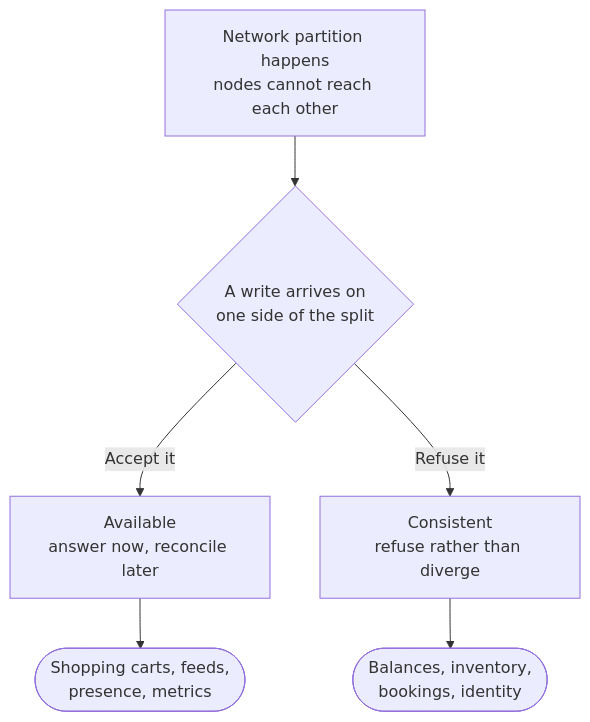
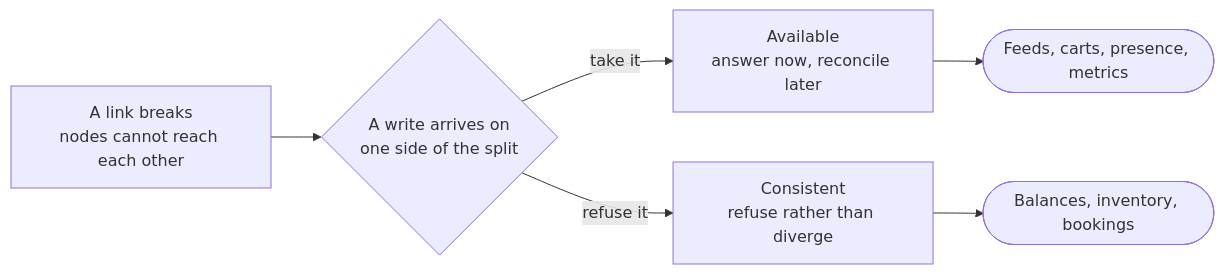
The sixth of 19 diagrams in examples/system-design-foundations.md (Laticent/lattice), drawn with Mermaid before and after one commit. The commit also changed other lines of this file and 2 other files, not shown here.

````diff
--- a/examples/system-design-foundations.md
+++ b/examples/system-design-foundations.md
@@ -1031,8 +1028,8 @@
 ```mermaid
-flowchart TB
-  N["Network partition happens<br/>nodes cannot reach each other"] --> C{"A write arrives on<br/>one side of the split"}
-  C -->|"Accept it"| AP["Available<br/>answer now, reconcile later"]
-  C -->|"Refuse it"| CP["Consistent<br/>refuse rather than diverge"]
-  AP --> APC(["Shopping carts, feeds,<br/>presence, metrics"])
-  CP --> CPC(["Balances, inventory,<br/>bookings, identity"])
+flowchart LR
+  N["A link breaks<br/>nodes cannot reach each other"] --> C{"A write arrives on<br/>one side of the split"}
+  C -->|"take it"| AP["Available<br/>answer now, reconcile later"]
+  C -->|"refuse it"| CP["Consistent<br/>refuse rather than diverge"]
+  AP --> APC(["Feeds, carts, presence, metrics"])
+  CP --> CPC(["Balances, inventory, bookings"])
 ```
````
